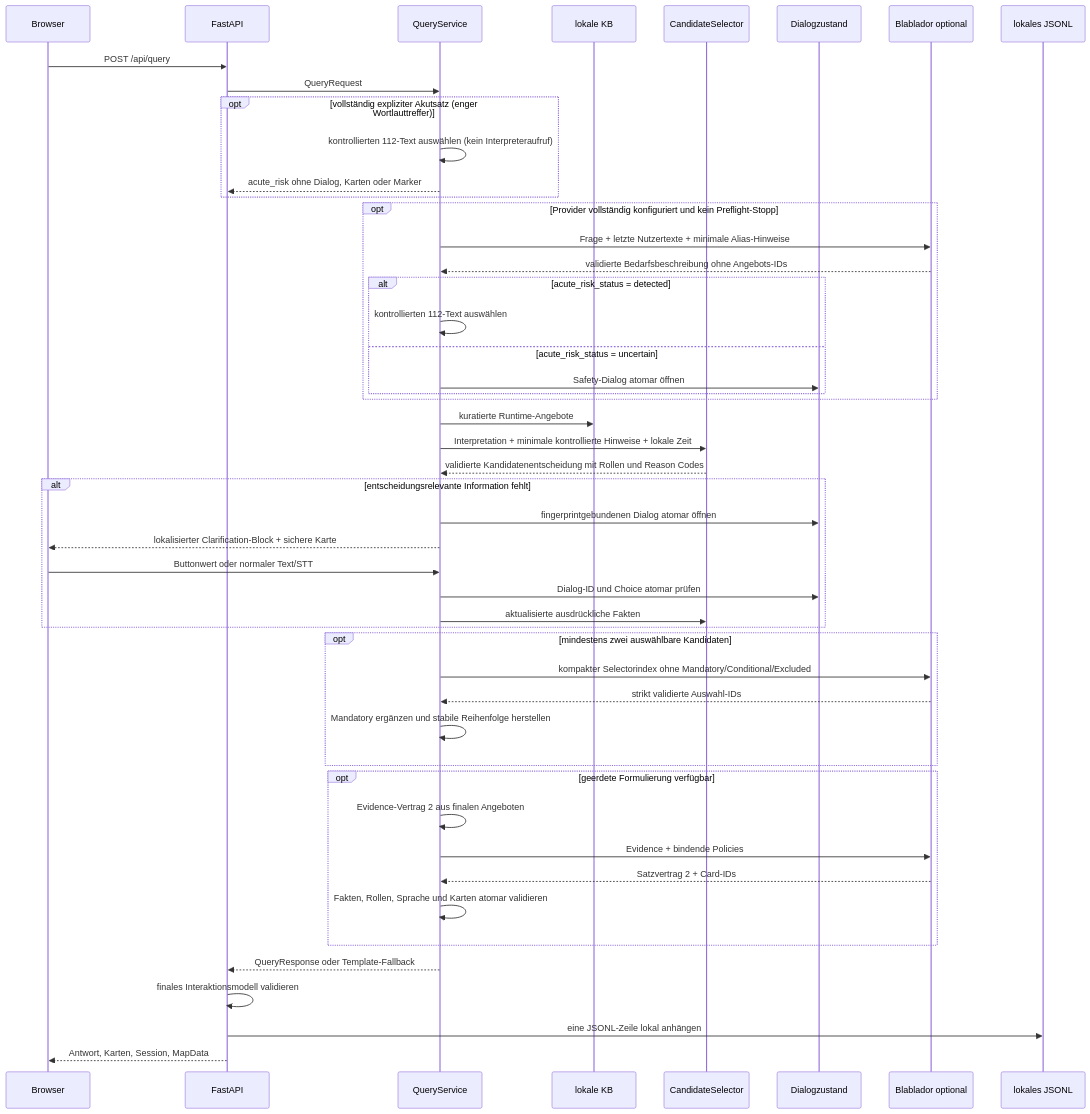
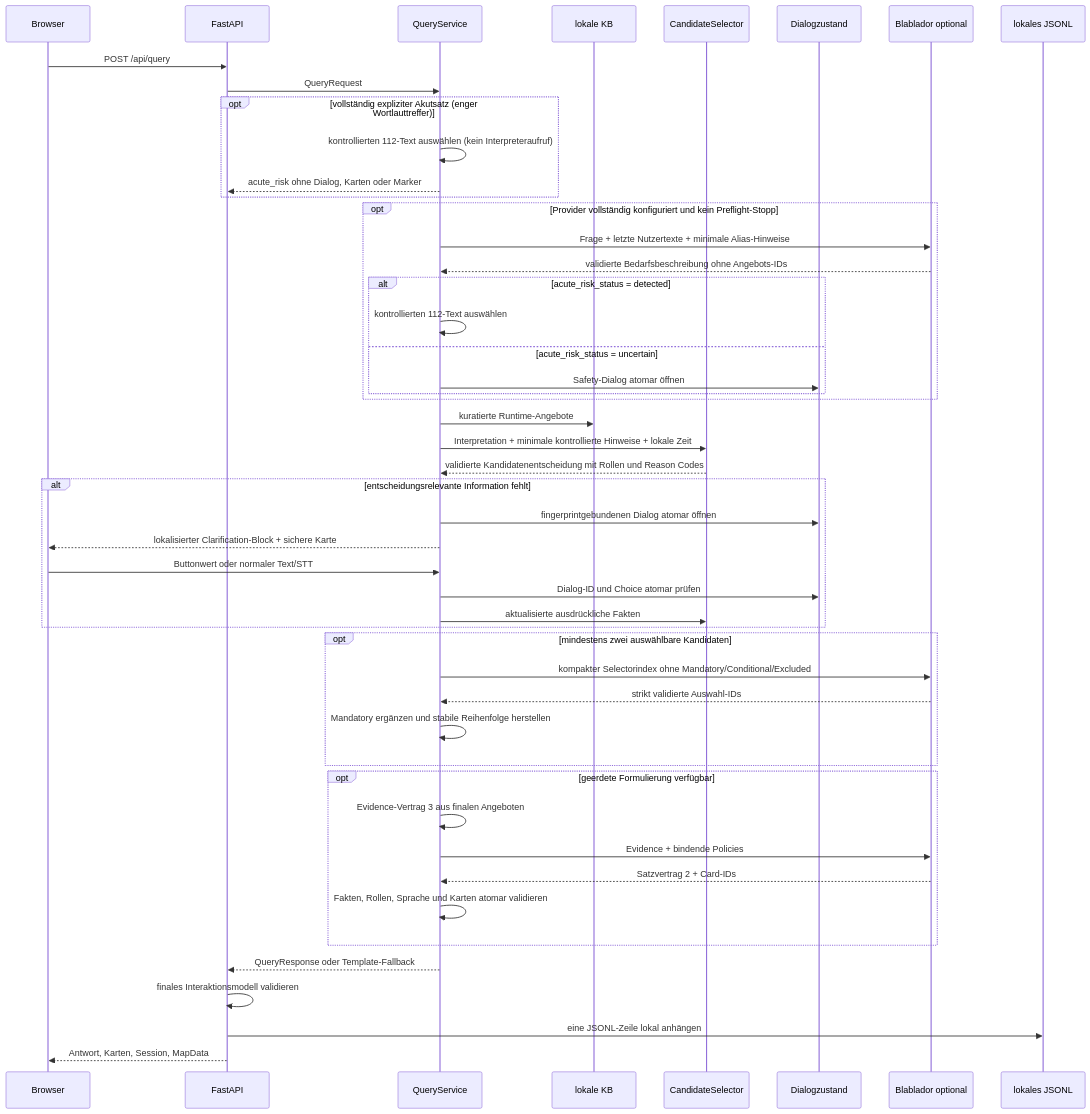
One commit to HannahHoffner/lena-grounded-voice-assistant changed the diagram in docs/data-flow.md. Above: the diagram before and after it, drawn with Mermaid. The commit also changed other lines of this file and 40 other files, not shown here.

````diff
--- a/docs/data-flow.md
+++ b/docs/data-flow.md
@@ -5,51 +5,51 @@
 ```mermaid
 sequenceDiagram
     participant B as Browser
     participant A as FastAPI
     participant S as QueryService
     participant K as lokale KB
     participant C as CandidateSelector
     participant D as Dialogzustand
     participant L as Blablador optional
     participant J as lokales JSONL
     B->>A: POST /api/query
     A->>S: QueryRequest
     opt vollständig expliziter Akutsatz (enger Wortlauttreffer)
         S->>S: kontrollierten 112-Text auswählen (kein Interpreteraufruf)
         S-->>A: acute_risk ohne Dialog, Karten oder Marker
     end
     opt Provider vollständig konfiguriert und kein Preflight-Stopp
         S->>L: Frage + letzte Nutzertexte + minimale Alias-Hinweise
         L-->>S: validierte Bedarfsbeschreibung ohne Angebots-IDs
         alt acute_risk_status = detected
             S->>S: kontrollierten 112-Text auswählen
         else acute_risk_status = uncertain
             S->>D: Safety-Dialog atomar öffnen
         end
     end
     S->>K: kuratierte Runtime-Angebote
     S->>C: Interpretation + minimale kontrollierte Hinweise + lokale Zeit
     C-->>S: validierte Kandidatenentscheidung mit Rollen und Reason Codes
     alt entscheidungsrelevante Information fehlt
         S->>D: fingerprintgebundenen Dialog atomar öffnen
         S-->>B: lokalisierter Clarification-Block + sichere Karte
         B->>S: Buttonwert oder normaler Text/STT
         S->>D: Dialog-ID und Choice atomar prüfen
         S->>C: aktualisierte ausdrückliche Fakten
     end
     opt mindestens zwei auswählbare Kandidaten
         S->>L: kompakter Selectorindex ohne Mandatory/Conditional/Excluded
         L-->>S: strikt validierte Auswahl-IDs
         S->>S: Mandatory ergänzen und stabile Reihenfolge herstellen
     end
     opt geerdete Formulierung verfügbar
-        S->>S: Evidence-Vertrag 2 aus finalen Angeboten
+        S->>S: Evidence-Vertrag 3 aus finalen Angeboten
         S->>L: Evidence + bindende Policies
         L-->>S: Satzvertrag 2 + Card-IDs
         S->>S: Fakten, Rollen, Sprache und Karten atomar validieren
     end
     S-->>A: QueryResponse oder Template-Fallback
     A->>A: finales Interaktionsmodell validieren
     A->>J: eine JSONL-Zeile lokal anhängen
     A-->>B: Antwort, Karten, Session, MapData
 ```
````
